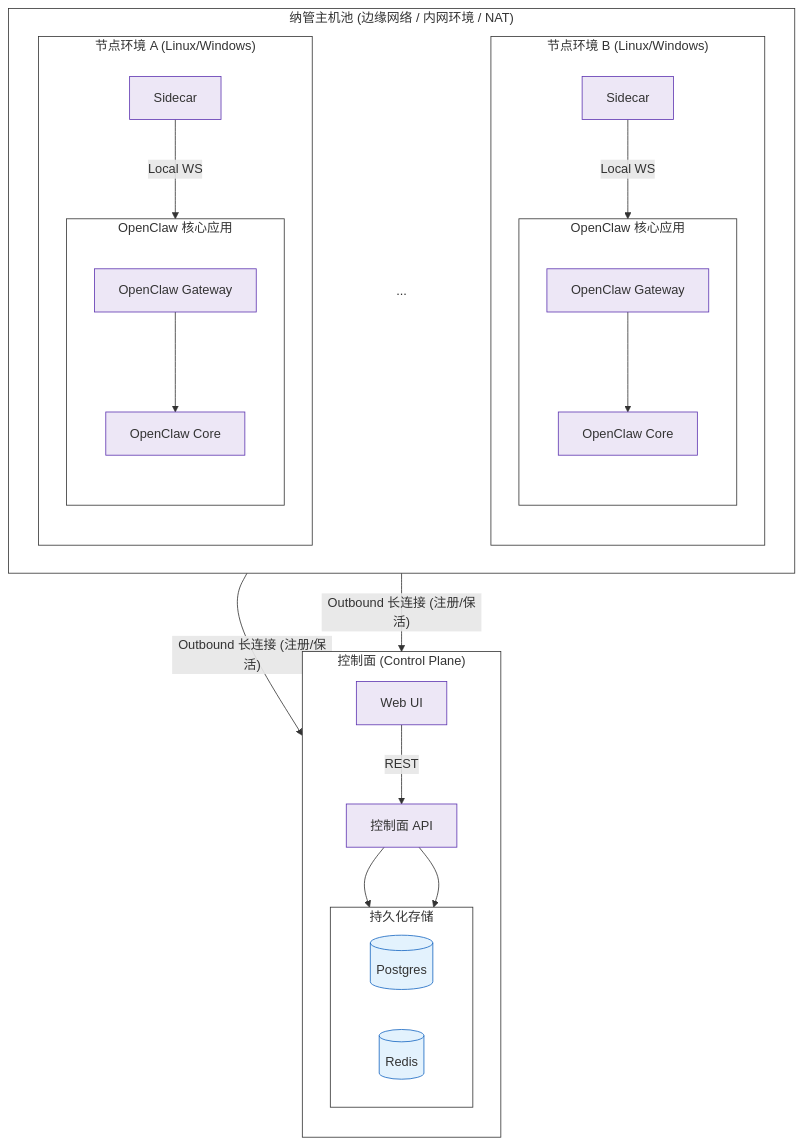
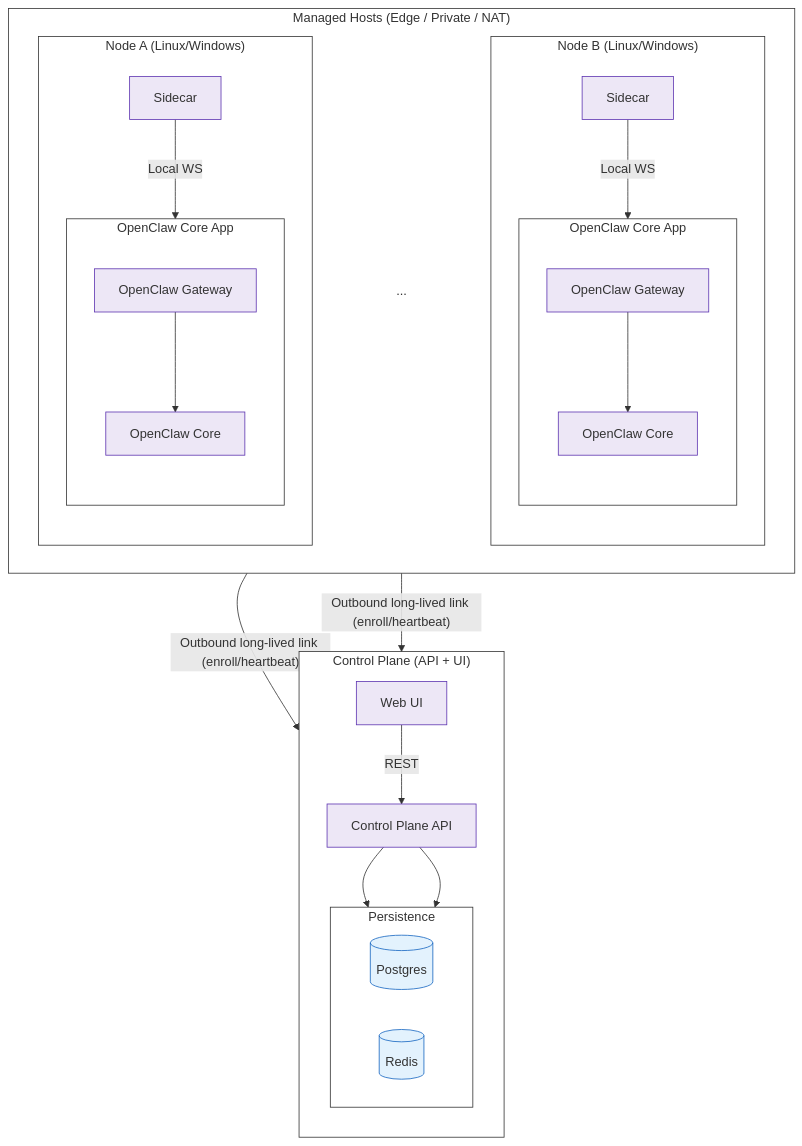
Before and after one commit to RepeatName-star/openclaw-fleet: the diagram in README.md, drawn with Mermaid.

Commit message:
docs: translate README architecture diagram

````diff
--- a/README.md
+++ b/README.md
@@ -9,79 +9,77 @@
 ```mermaid
 flowchart TB
-  %% --- 样式定义 ---
+  %% --- Styles ---
   classDef component fill:#ede7f6,stroke:#5e35b1,stroke-width:1px;
   classDef db fill:#e3f2fd,stroke:#1565c0,stroke-width:1px;
   classDef plain fill:none,stroke:none;
   classDef cluster fill:#fff,stroke:#333,stroke-width:1px;
 
   %% ==========================================
-  %% 1. 上层：控制面 (Control Plane)
+  %% 1. Control Plane (Top)
   %% ==========================================
-  subgraph ControlPlane["控制面 (Control Plane)"]
+  subgraph ControlPlane["Control Plane (API + UI)"]
     direction TB
-    UI[Web UI]:::component -->|REST| API[控制面 API]:::component
+    UI[Web UI]:::component -->|REST| API[Control Plane API]:::component
     
-    %% 数据库层：强制放在 API 下方，内部左右排列
-    subgraph DataLayer["持久化存储"]
+    %% Data layer: force below API, left-to-right
+    subgraph DataLayer["Persistence"]
       direction LR
       PG[(Postgres)]:::db
       R[(Redis)]:::db
     end
     
     API --> PG
     API --> R
   end
 
   %% ==========================================
-  %% 关键布局修复：隐形“脊柱”
-  %% 这行代码强制 控制面 在 主机池 的正上方
+  %% Layout spine: keep Control Plane above Node Pool
   %% ==========================================
   DataLayer ~~~ NodePool
 
   %% ==========================================
-  %% 2. 下层：纳管主机池
+  %% 2. Node Pool (Bottom)
   %% ==========================================
-  subgraph NodePool["纳管主机池 (边缘网络 / 内网环境 / NAT)"]
-    direction LR %% 强制内部元素横向排列
+  subgraph NodePool["Managed Hosts (Edge / Private / NAT)"]
+    direction LR %% Force horizontal layout
     
-    %% --- 2.1 左侧：节点 A ---
-    subgraph NodeEnvA["节点环境 A (Linux/Windows)"]
+    %% --- 2.1 Node A ---
+    subgraph NodeEnvA["Node A (Linux/Windows)"]
       direction TB
       SCA[Sidecar]:::component
       
-      subgraph AppA["OpenClaw 核心应用"]
+      subgraph AppA["OpenClaw Core App"]
         direction TB
         GWA[OpenClaw Gateway]:::component --> OCA[OpenClaw Core]:::component
       end
       
       SCA -->|Local WS| GWA
     end
 
-    %% --- 2.2 中间：省略号 ---
+    %% --- 2.2 Dots ---
     Dots["..."]:::plain
 
-    %% --- 2.3 右侧：节点 B ---
-    subgraph NodeEnvB["节点环境 B (Linux/Windows)"]
+    %% --- 2.3 Node B ---
+    subgraph NodeEnvB["Node B (Linux/Windows)"]
       direction TB
       SCB[Sidecar]:::component
       
-      subgraph AppB["OpenClaw 核心应用"]
+      subgraph AppB["OpenClaw Core App"]
         direction TB
         GWB[OpenClaw Gateway]:::component --> OCB[OpenClaw Core]:::component
       end
       
       SCB -->|Local WS| GWB
     end
 
-    %% --- 强制横向顺序：A -> 省略号 -> B ---
+    %% --- Force order: A -> Dots -> B ---
     NodeEnvA ~~~ Dots ~~~ NodeEnvB
   end
 
   %% ==========================================
-  %% 3. 跨网逻辑连线 (Outbound)
+  %% 3. Cross-network outbound links
   %% ==========================================
-  %% 这里的连线会自动寻找最短路径，因为有上面的骨架支撑，
-  %% 它们现在会漂亮地汇聚到上方的 API
-  SCA -->|"Outbound 长连接 (注册/保活)"| API
-  SCB -->|"Outbound 长连接 (注册/保活)"| API
+  %% These links converge to the API due to the layout spine above
+  SCA -->|"Outbound long-lived link (enroll/heartbeat)"| API
+  SCB -->|"Outbound long-lived link (enroll/heartbeat)"| API
 ```
````
